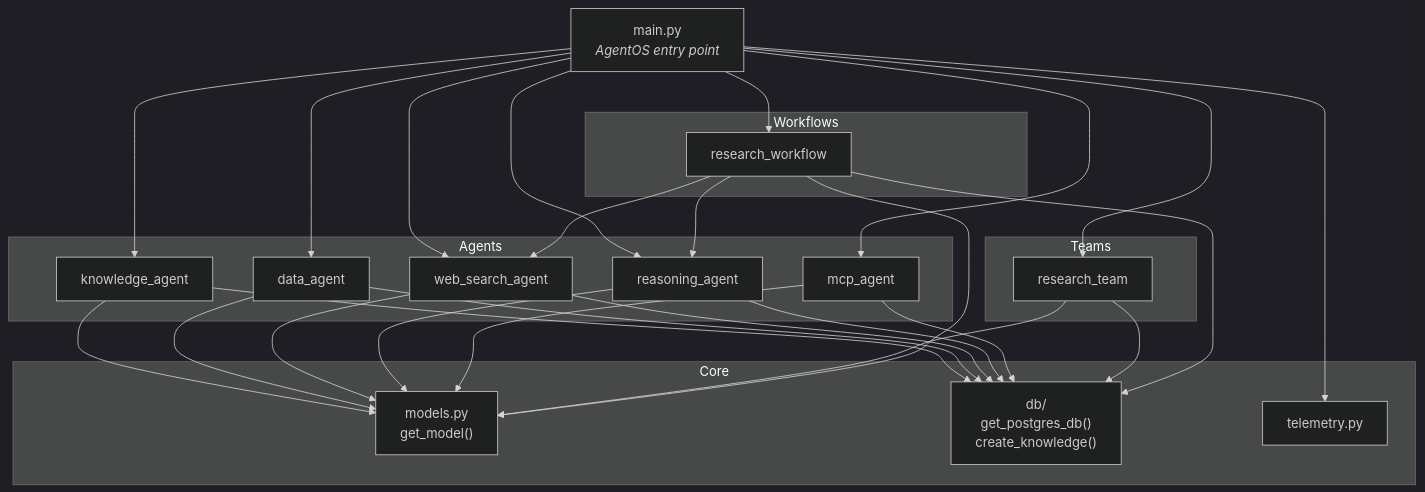
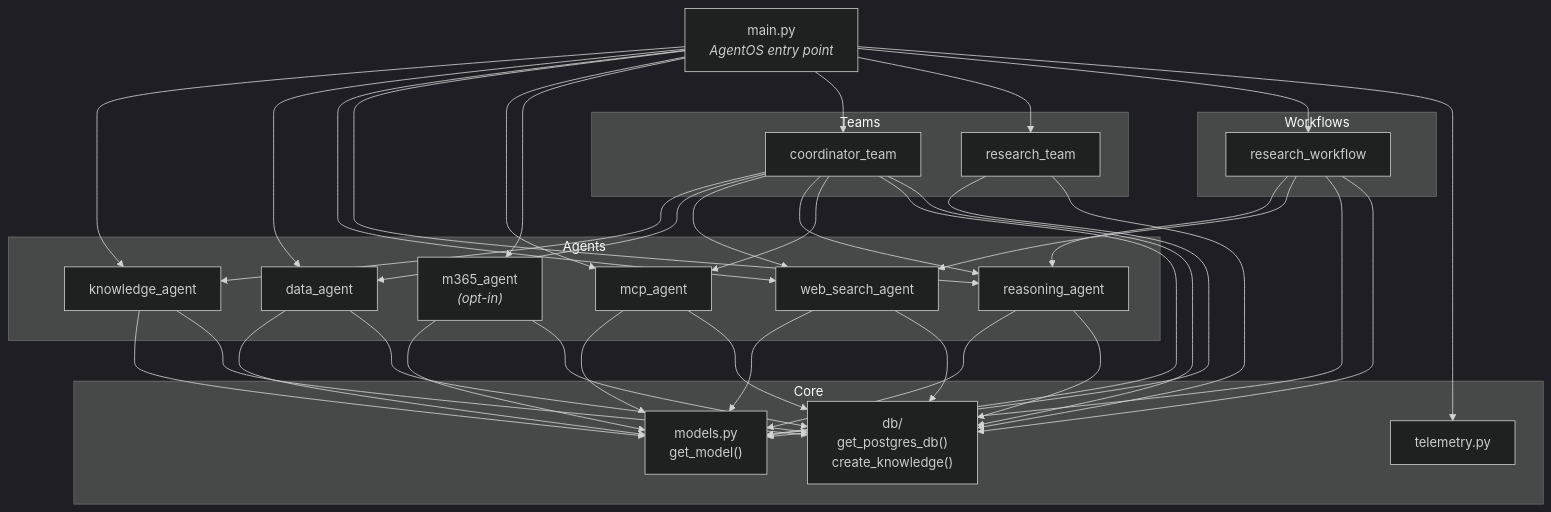
One commit to jrmatherly/agno-apollos changed the first of 5 diagrams in docs/reference/code-map.mdx. Above: the diagram before and after it, drawn with Mermaid (dark theme). The commit also changed other lines of this file and 13 other files, not shown here.

Commit message:
feat: introduce Coordinator Team and M365 Agent, updating documentation, code map, and configuration.

````diff
--- a/docs/reference/code-map.mdx
+++ b/docs/reference/code-map.mdx
@@ -12,36 +12,40 @@
 ```mermaid
 graph TD
     MAIN["main.py<br/><i>AgentOS entry point</i>"]
 
     subgraph agents ["Agents"]
         KA["knowledge_agent"]
         DA["data_agent"]
         WSA["web_search_agent"]
         RA["reasoning_agent"]
         MCA["mcp_agent"]
+        M365["m365_agent<br/><i>(opt-in)</i>"]
     end
 
     subgraph teams ["Teams"]
+        CT["coordinator_team"]
         RT["research_team"]
     end
 
     subgraph workflows ["Workflows"]
         RW["research_workflow"]
     end
 
     subgraph core ["Core"]
         MODELS["models.py<br/>get_model()"]
         DB["db/<br/>get_postgres_db()<br/>create_knowledge()"]
         TEL["telemetry.py"]
     end
 
-    MAIN --> KA & DA & WSA & RA & MCA
-    MAIN --> RT
+    MAIN --> KA & DA & WSA & RA & MCA & M365
+    MAIN --> CT & RT
     MAIN --> RW
     MAIN --> TEL
 
-    KA & DA & WSA & RA & MCA --> MODELS
-    KA & DA & WSA & RA & MCA --> DB
+    KA & DA & WSA & RA & MCA & M365 --> MODELS
+    KA & DA & WSA & RA & MCA & M365 --> DB
+    CT --> KA & DA & WSA & RA & MCA
+    CT --> MODELS & DB
     RT --> MODELS & DB
     RW --> RA & WSA & MODELS & DB
 ```
````
